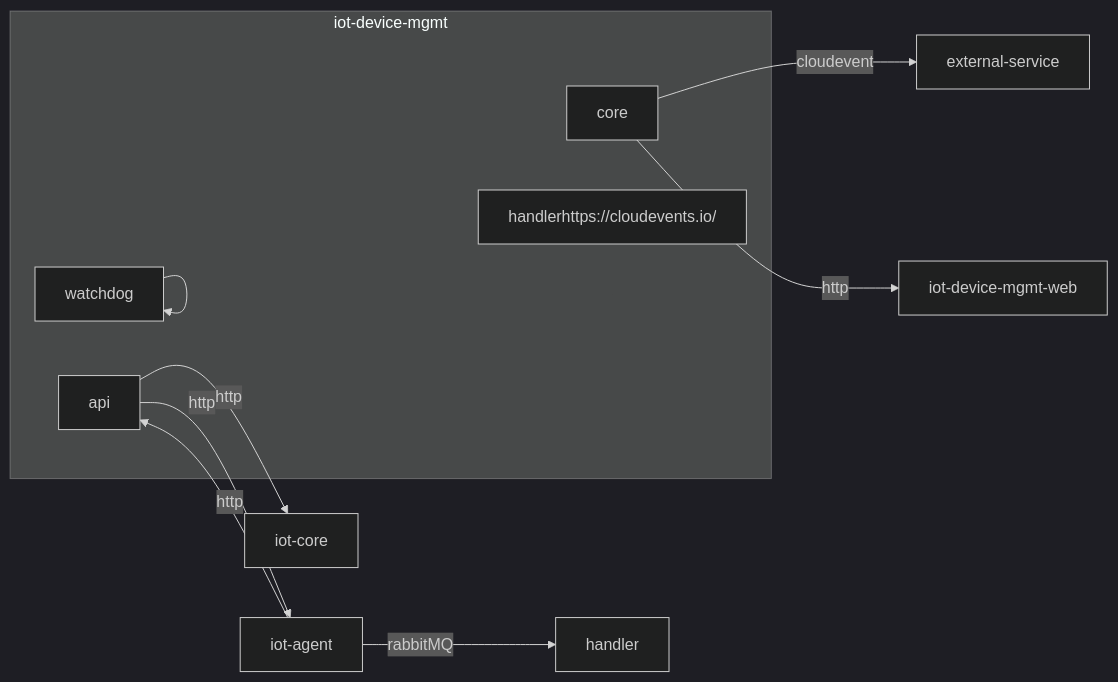
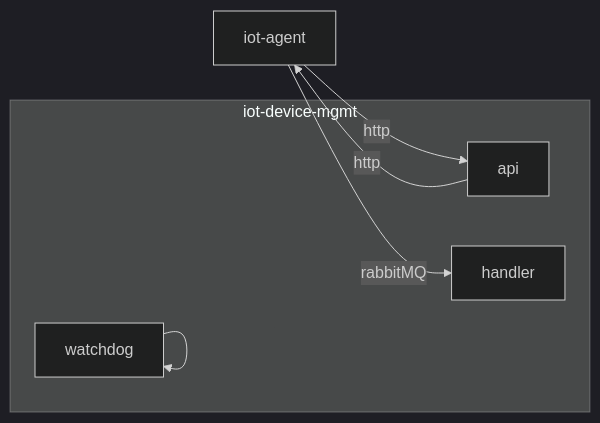
The diagram in README.md (diwise/iot-device-mgmt), drawn with Mermaid (dark theme) before and after one commit. The commit also changed other lines of this file, not shown here.

````diff
--- a/README.md
+++ b/README.md
@@ -7,14 +7,10 @@
 ```mermaid
 flowchart LR
-    api --http--> iot-core
     iot-agent --http--> api --http--> iot-agent
     iot-agent --rabbitMQ-->handler
-    core --cloudevent-->external-service
-    core --http--> iot-device-mgmt-web
     subgraph iot-device-mgmt
         api
-        handlerhttps://cloudevents.io/
-        core
+        handler
         watchdog-->watchdog
-    end 
+    end
 ```
````
